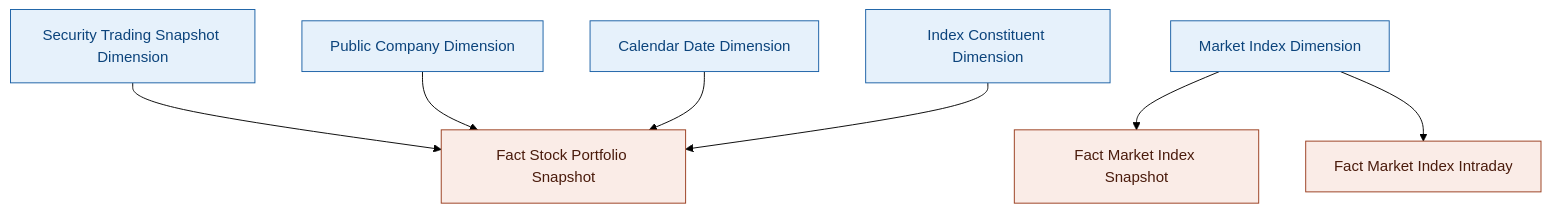
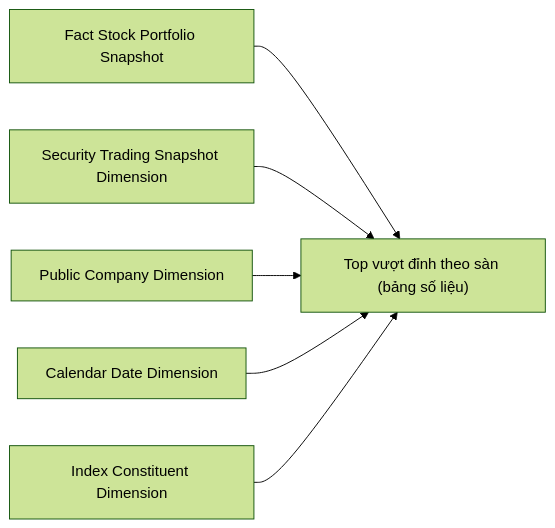
One commit to linhlvit/ubck_atomic_design changed diagram 29 of 57 in Datamart/hld/DTM_GSTT_HLD.md. Above: the diagram before and after it, drawn with Mermaid (forest theme). The commit also changed other lines of this file and 21 other files, not shown here.

````diff
--- a/Datamart/hld/DTM_GSTT_HLD.md
+++ b/Datamart/hld/DTM_GSTT_HLD.md
@@ -1125,22 +1499,8 @@
 ```mermaid
-graph TB
-    classDef dim fill:#E6F1FB,stroke:#185FA5,color:#0C447C
-    classDef fact fill:#FAECE7,stroke:#993C1D,color:#4A1B0C
-    classDef oper fill:#E8F5E9,stroke:#2E7D32,color:#1B5E20
-
-    ScrTdgSnpstDim["Security Trading Snapshot Dimension"]:::dim
-    PblcCoDim["Public Company Dimension"]:::dim
-    CdrDtDim["Calendar Date Dimension"]:::dim
-    IndexConstituentDim["Index Constituent Dimension"]:::dim
-    MarketIndexDim["Market Index Dimension"]:::dim
-    FctStockPortfolioSnpst["Fact Stock Portfolio Snapshot"]:::fact
-    FctMarketIndexSnpst["Fact Market Index Snapshot"]:::fact
-    FctMarketIndexIntraday["Fact Market Index Intraday"]:::fact
-
-    ScrTdgSnpstDim --> FctStockPortfolioSnpst
-    PblcCoDim --> FctStockPortfolioSnpst
-    CdrDtDim --> FctStockPortfolioSnpst
-    IndexConstituentDim --> FctStockPortfolioSnpst
-    MarketIndexDim --> FctMarketIndexSnpst
-    MarketIndexDim --> FctMarketIndexIntraday
+flowchart LR
+    F1["Fact Stock Portfolio Snapshot"] --> RPT23["Top vượt đỉnh theo sàn (bảng số liệu)"]
+    D1["Security Trading Snapshot Dimension"] --> RPT23
+    D2["Public Company Dimension"] --> RPT23
+    D3["Calendar Date Dimension"] --> RPT23
+    D4["Index Constituent Dimension"] --> RPT23
 ```
````
